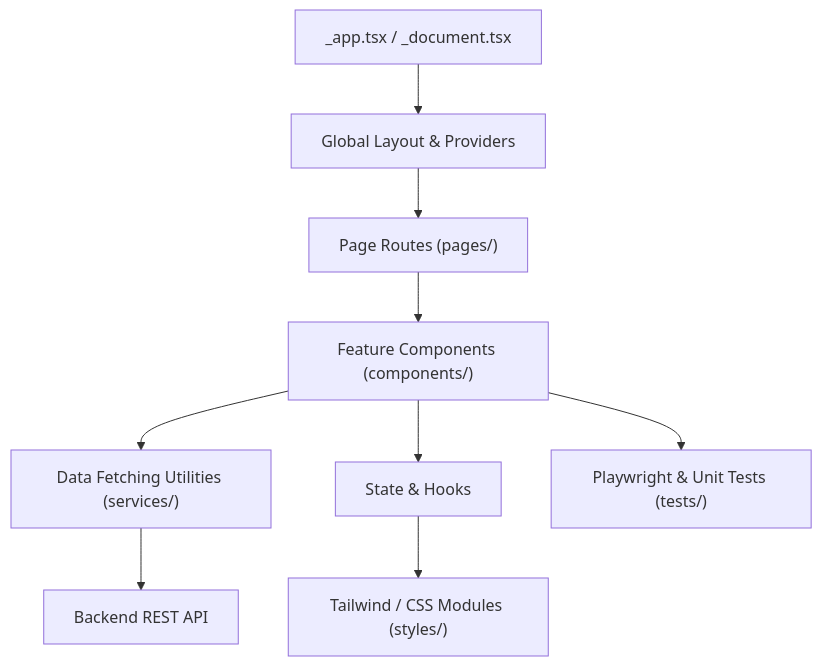
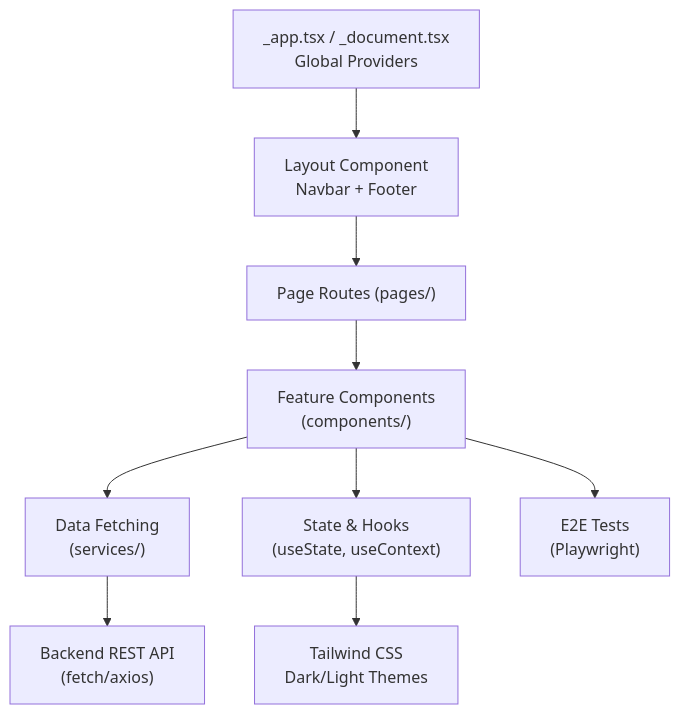
One commit to hoangsonww/AI-Gov-Content-Curator changed diagram 13 of 19 in ARCHITECTURE.md. Above: the diagram before and after it, drawn with Mermaid. The commit also changed other lines of this file and 20 other files, not shown here.

````diff
--- a/ARCHITECTURE.md
+++ b/ARCHITECTURE.md
@@ -132,11 +660,11 @@
 ```mermaid
 flowchart TB
-    App["_app.tsx / _document.tsx"] --> Layout["Global Layout & Providers"]
+    App["_app.tsx / _document.tsx<br/>Global Providers"] --> Layout["Layout Component<br/>Navbar + Footer"]
     Layout --> Pages["Page Routes (pages/)"]
-    Pages --> Components["Feature Components (components/)"]
-    Components --> Services["Data Fetching Utilities (services/)"]
-    Services --> BackendAPI["Backend REST API"]
-    Components --> UIState["State & Hooks"]
-    UIState --> Styling["Tailwind / CSS Modules (styles/)"]
-    Components --> Tests["Playwright & Unit Tests (tests/)"]
+    Pages --> Components["Feature Components<br/>(components/)"]
+    Components --> Services["Data Fetching<br/>(services/)"]
+    Services --> BackendAPI["Backend REST API<br/>(fetch/axios)"]
+    Components --> UIState["State & Hooks<br/>(useState, useContext)"]
+    UIState --> Styling["Tailwind CSS<br/>Dark/Light Themes"]
+    Components --> Tests["E2E Tests<br/>(Playwright)"]
 ```
````
